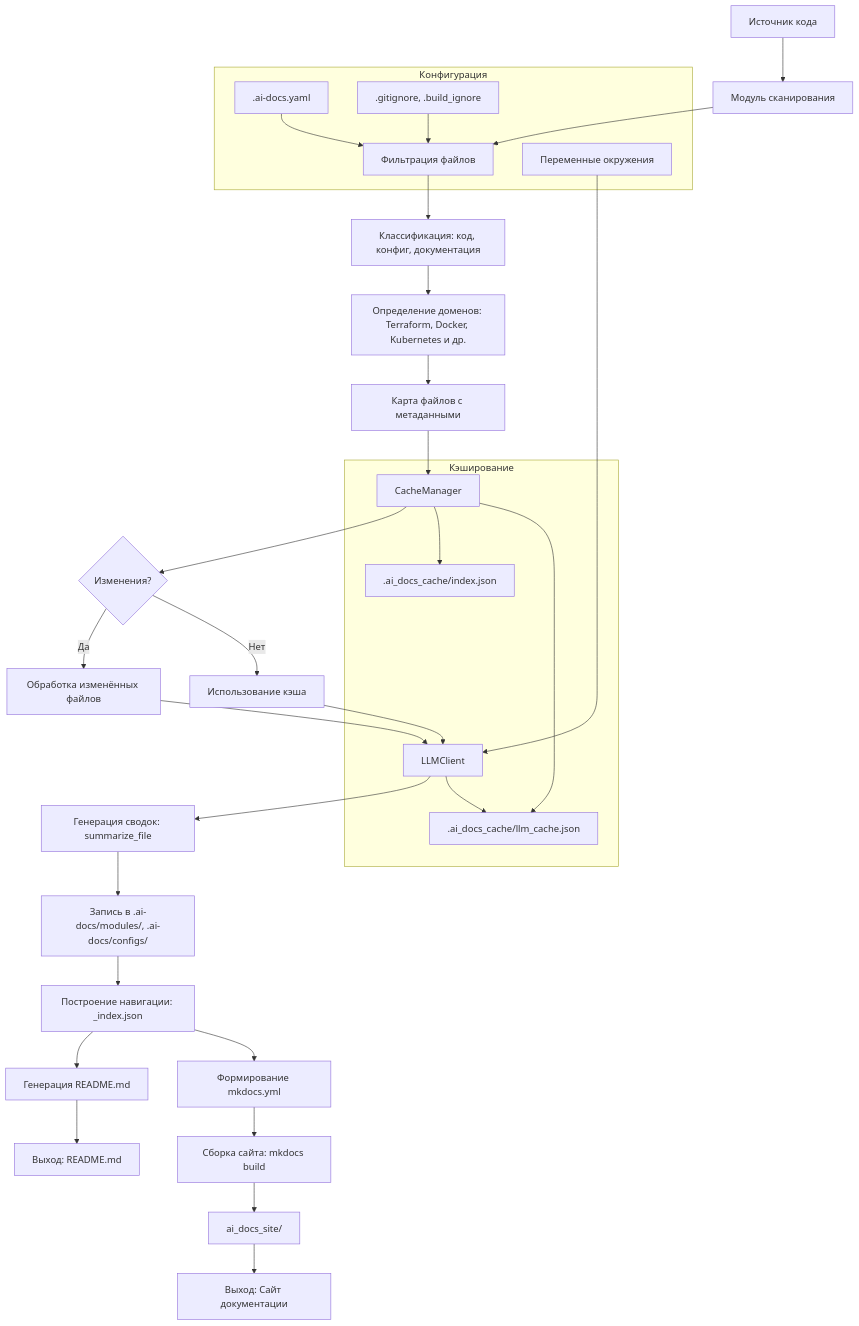
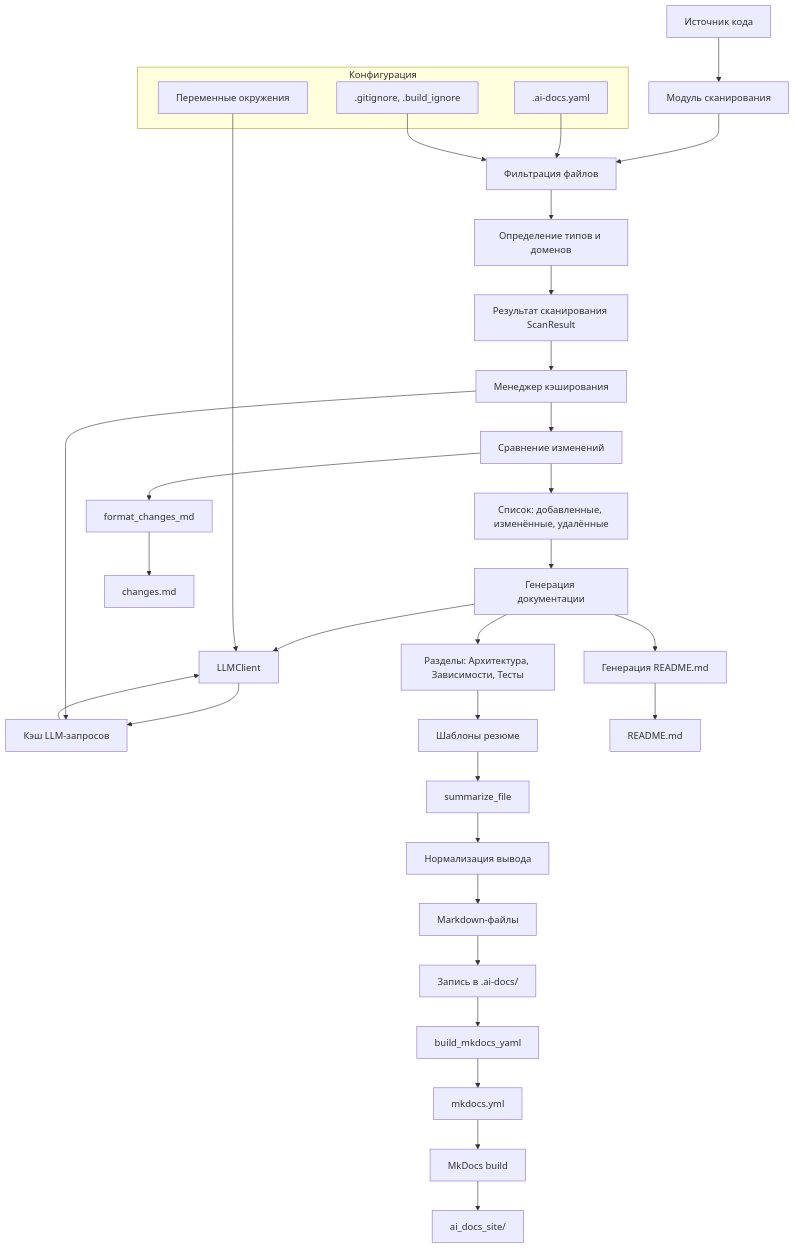
The diagram in .ai-docs/architecture.md (LKosoj/ai-docs), drawn with Mermaid before and after one commit. The commit also changed other lines of this file and 37 other files, not shown here.

First line of the commit message:
Обновление архитектуры и документации: рефакторинг модулей, улучшение кэширования и генерации

````diff
--- a/.ai-docs/architecture.md
+++ b/.ai-docs/architecture.md
@@ -3,41 +3,37 @@
 ```mermaid
 graph TD
     A[Источник кода] --> B[Модуль сканирования]
     B --> C[Фильтрация файлов]
-    C --> D[Классификация: код, конфиг, документация]
-    D --> E[Определение доменов: Terraform, Docker, Kubernetes и др.]
-    E --> F[Карта файлов с метаданными]
-    F --> G[CacheManager]
-    G --> H{Изменения?}
-    H -->|Да| I[Обработка изменённых файлов]
-    H -->|Нет| J[Использование кэша]
-    I --> K[LLMClient]
-    J --> K
-    K --> L[Генерация сводок: summarize_file]
-    L --> M[Запись в .ai-docs/modules/, .ai-docs/configs/]
-    M --> N[Построение навигации: _index.json]
-    N --> O[Генерация README.md]
-    N --> P[Формирование mkdocs.yml]
-    P --> Q[Сборка сайта: mkdocs build]
-    Q --> R[ai_docs_site/]
-    O --> S[Выход: README.md]
-    R --> T[Выход: Сайт документации]
-
-    subgraph "Кэширование"
-        G
-        U[.ai_docs_cache/index.json]
-        V[.ai_docs_cache/llm_cache.json]
-        G --> U
-        G --> V
-        K --> V
+    C --> D[Определение типов и доменов]
+    D --> E[Результат сканирования ScanResult]
+    E --> F[Менеджер кэширования]
+    F --> G[Сравнение изменений]
+    G --> H[Список: добавленные, изменённые, удалённые]
+    H --> I[Генерация документации]
+    I --> J[LLMClient]
+    J --> K[Кэш LLM-запросов]
+    K --> J
+    I --> L[Разделы: Архитектура, Зависимости, Тесты]
+    L --> M[Шаблоны резюме]
+    M --> N[summarize_file]
+    N --> O[Нормализация вывода]
+    O --> P[Markdown-файлы]
+    P --> Q[Запись в .ai-docs/]
+    Q --> R[build_mkdocs_yaml]
+    R --> S[mkdocs.yml]
+    S --> T[MkDocs build]
+    T --> U[ai_docs_site/]
+    I --> V[Генерация README.md]
+    V --> W[README.md]
+    G --> X[format_changes_md]
+    X --> Y[changes.md]
+    subgraph "Конфигурация"
+        Z[.ai-docs.yaml]
+        AA[.gitignore, .build_ignore]
+        AB[Переменные окружения]
     end
-
-    subgraph "Конфигурация"
-        W[.ai-docs.yaml]
-        X[.gitignore, .build_ignore]
-        Y[Переменные окружения]
-        W --> C
-        X --> C
-        Y --> K
-    end
-``` 
+    Z --> C
+    AA --> C
+    AB --> J
+    F --> K
+```
````
